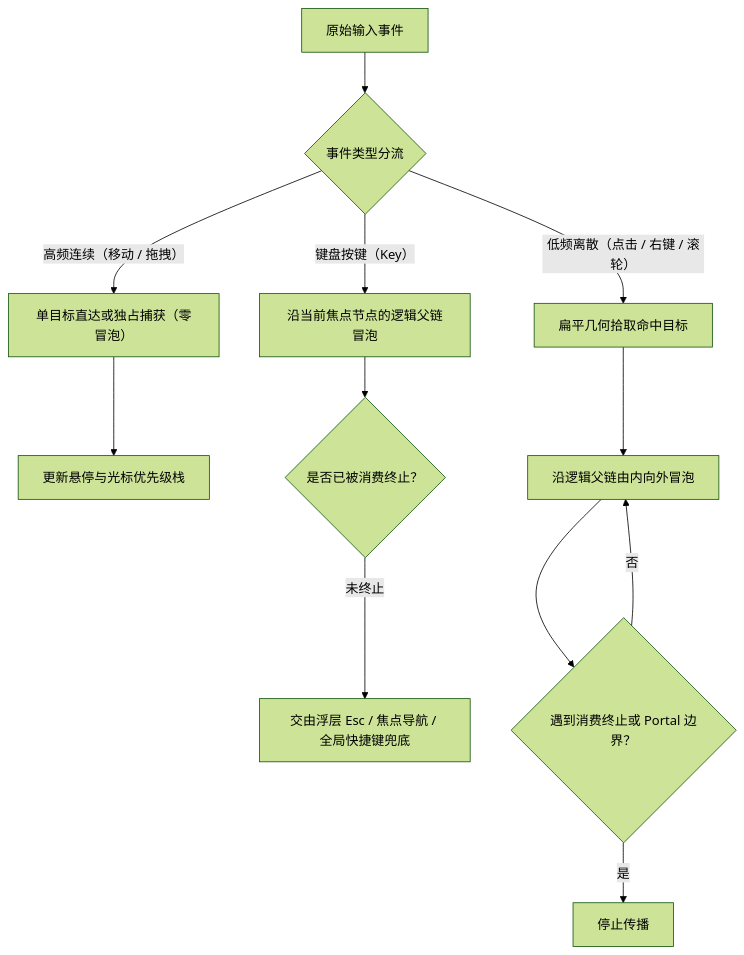
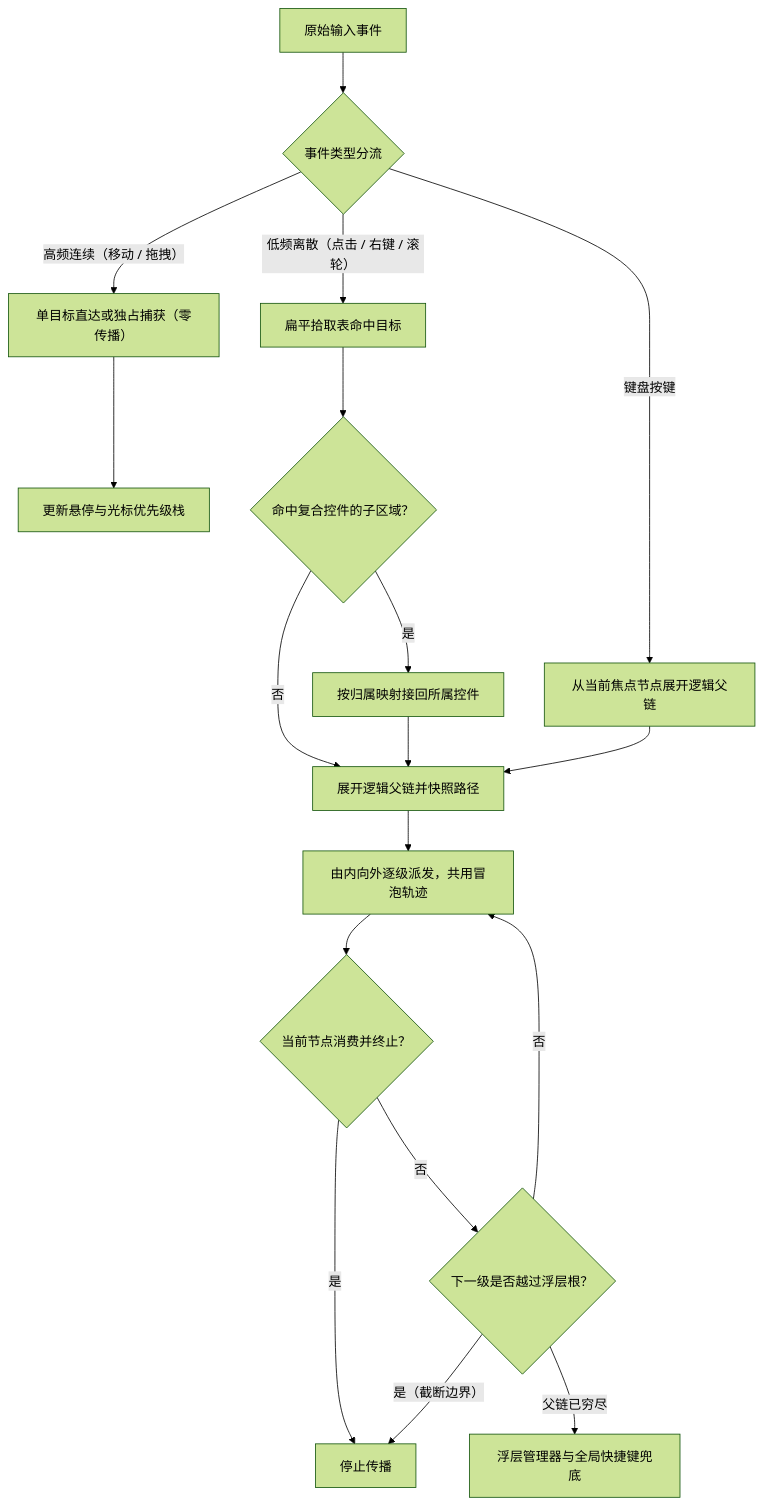
The diagram in docs/architecture/02-核心引擎（core-engine）/输入与事件冒泡（input-and-bubbling）.md (pengjiaxusz/unbound-ui), drawn with Mermaid (forest theme) before and after one commit. The commit also changed other lines of this file and 1 other file, not shown here.

First line of the commit message:
docs(architecture): 补充编写规范并按规范重写输入与冒泡文档

````diff
--- a/docs/architecture/02-核心引擎（core-engine）/输入与事件冒泡（input-and-bubbling）.md
+++ b/docs/architecture/02-核心引擎（core-engine）/输入与事件冒泡（input-and-bubbling）.md
@@ -14,18 +16,24 @@
 ```mermaid
 flowchart TB
     Input["原始输入事件"] --> Type{"事件类型分流"}
 
-    Type -- "高频连续（移动 / 拖拽）" --> Direct["单目标直达或独占捕获（零冒泡）"]
+    Type -- "高频连续（移动 / 拖拽）" --> Direct["单目标直达或独占捕获（零传播）"]
     Direct --> Cursor["更新悬停与光标优先级栈"]
 
-    Type -- "低频离散（点击 / 右键 / 滚轮）" --> Pick["扁平几何拾取命中目标"]
-    Pick --> Ancestors["沿逻辑父链由内向外冒泡"]
+    Type -- "低频离散（点击 / 右键 / 滚轮）" --> Pick["扁平拾取表命中目标"]
+    Pick --> Owner{"命中复合控件的子区域？"}
+    Owner -- "是" --> Attach["按归属映射接回所属控件"]
+    Owner -- "否" --> Path["展开逻辑父链并快照路径"]
+    Attach --> Path
 
-    Type -- "键盘按键（Key）" --> FocusChain["沿当前焦点节点的逻辑父链冒泡"]
-    FocusChain --> Fallback{"是否已被消费终止？"}
-    Fallback -- "未终止" --> Global["交由浮层 Esc / 焦点导航 / 全局快捷键兜底"]
+    Type -- "键盘按键" --> Focus["从当前焦点节点展开逻辑父链"]
+    Focus --> Path
 
-    Ancestors --> StopCheck{"遇到消费终止或 Portal 边界？"}
-    StopCheck -- "是" --> End["停止传播"]
-    StopCheck -- "否" --> Ancestors
+    Path --> Bubble["由内向外逐级派发，共用冒泡轨迹"]
+    Bubble --> Consumed{"当前节点消费并终止？"}
+    Consumed -- "是" --> End["停止传播"]
+    Consumed -- "否" --> Boundary{"下一级是否越过浮层根？"}
+    Boundary -- "是（截断边界）" --> End
+    Boundary -- "否" --> Bubble
+    Boundary -- "父链已穷尽" --> Global["浮层管理器与全局快捷键兜底"]
 ```
````
